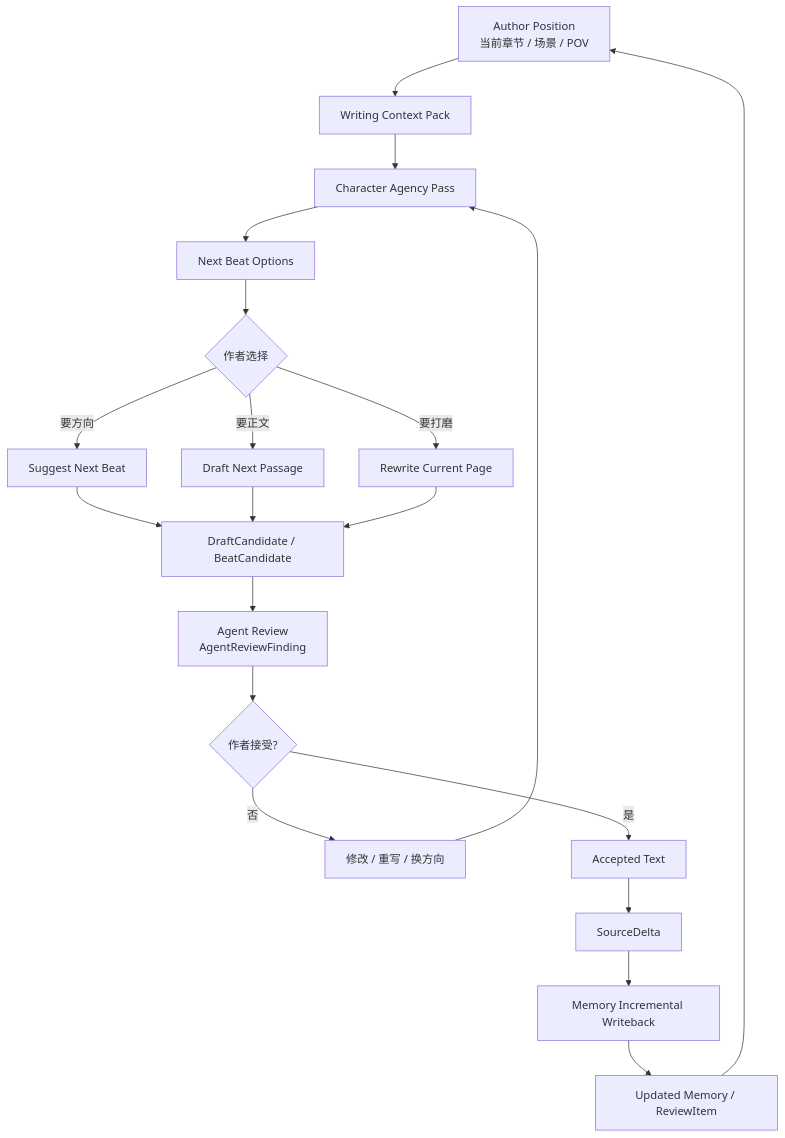
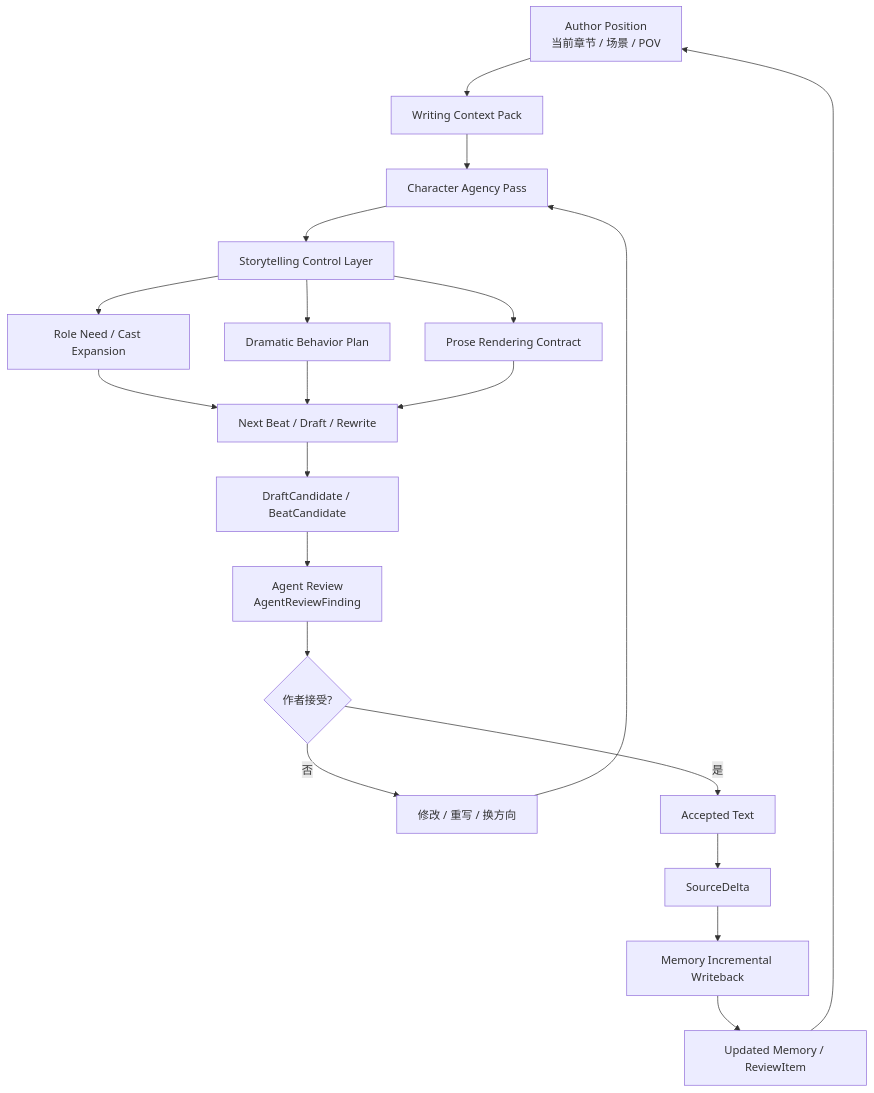
The first of 2 diagrams in goals/20-agent-overview.md (FrankQDWang/sextantlabs), drawn with Mermaid before and after one commit. The commit also changed other lines of this file and 13 other files, not shown here.

First line of the commit message:
设计 Storytelling Control Layer：角色扩展与戏剧化转译

````diff
--- a/goals/20-agent-overview.md
+++ b/goals/20-agent-overview.md
@@ -45,22 +46,22 @@
 ```mermaid
 flowchart TD
     A[Author Position\n当前章节 / 场景 / POV] --> B[Writing Context Pack]
     B --> C[Character Agency Pass]
-    C --> D[Next Beat Options]
-    D --> E{作者选择}
-    E -->|要方向| F[Suggest Next Beat]
-    E -->|要正文| G[Draft Next Passage]
-    E -->|要打磨| H[Rewrite Current Page]
-    F --> I[DraftCandidate / BeatCandidate]
-    G --> I
-    H --> I
+    C --> D[Storytelling Control Layer]
+    D --> E[Role Need / Cast Expansion]
+    D --> F[Dramatic Behavior Plan]
+    D --> G[Prose Rendering Contract]
+    E --> H[Next Beat / Draft / Rewrite]
+    F --> H
+    G --> H
+    H --> I[DraftCandidate / BeatCandidate]
     I --> J[Agent Review\nAgentReviewFinding]
     J --> K{作者接受?}
     K -->|否| L[修改 / 重写 / 换方向]
     L --> C
     K -->|是| M[Accepted Text]
     M --> N[SourceDelta]
     N --> O[Memory Incremental Writeback]
     O --> P[Updated Memory / ReviewItem]
     P --> A
 ```
````
